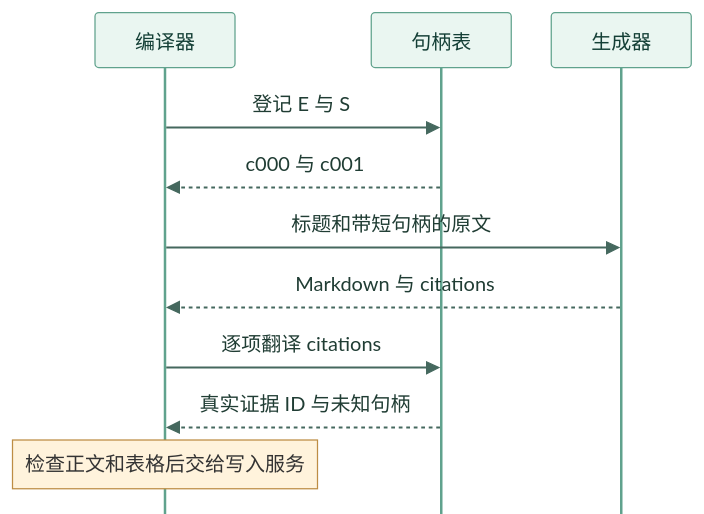
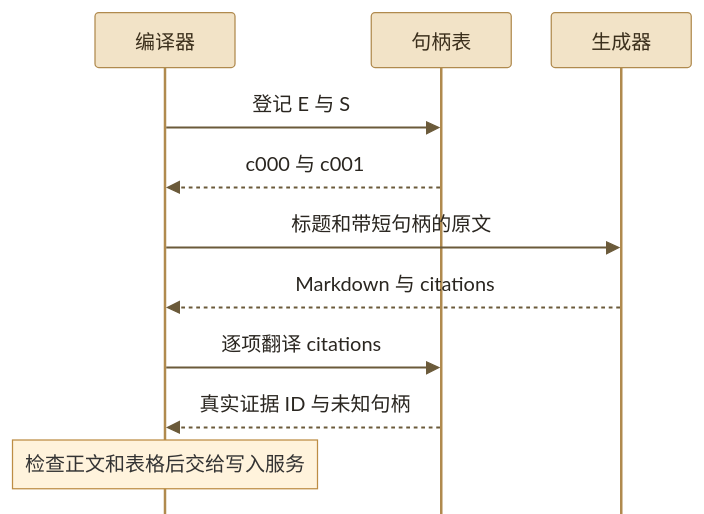
The second of 2 diagrams in tutorials/04-knowledge-base/05-A-Wiki编译与引用.md (wenmo-yu/careerlens), drawn with Mermaid before and after one commit. The commit also changed other lines of this file and 6 other files, not shown here.

````diff
--- a/tutorials/04-knowledge-base/05-A-Wiki编译与引用.md
+++ b/tutorials/04-knowledge-base/05-A-Wiki编译与引用.md
@@ -11,15 +143,15 @@
 ```mermaid
-%%{init: {"theme":"base","themeVariables":{"fontFamily":"system-ui, sans-serif","actorBkg":"#eaf6f1","actorBorder":"#60a28d","actorTextColor":"#143f36","signalColor":"#45685e","signalTextColor":"#203d34","noteBkgColor":"#fff3dc","noteBorderColor":"#bd8d44"},"sequence":{"width":112,"height":44,"actorMargin":32,"messageMargin":22,"mirrorActors":false}}}%%
+%%{init: {"theme":"base","themeVariables":{"fontFamily":"system-ui, sans-serif","actorBkg":"#f2e3c7","actorBorder":"#b08a4e","actorTextColor":"#3b2f1c","signalColor":"#6b5a3a","signalTextColor":"#2a2620","noteBkgColor":"#fff3dc","noteBorderColor":"#bd8d44"},"sequence":{"width":112,"height":44,"actorMargin":32,"messageMargin":22,"mirrorActors":false}}}%%
 sequenceDiagram
     accTitle: 用短句柄生成候选并还原真实引用
     participant C as 编译器
     participant H as 句柄表
     participant G as 生成器
     C->>H: 登记 E 与 S
     H-->>C: c000 与 c001
     C->>G: 标题和带短句柄的原文
     G-->>C: Markdown 与 citations
     C->>H: 逐项翻译 citations
     H-->>C: 真实证据 ID 与未知句柄
     Note over C: 检查正文和表格后交给写入服务
 ```
````
